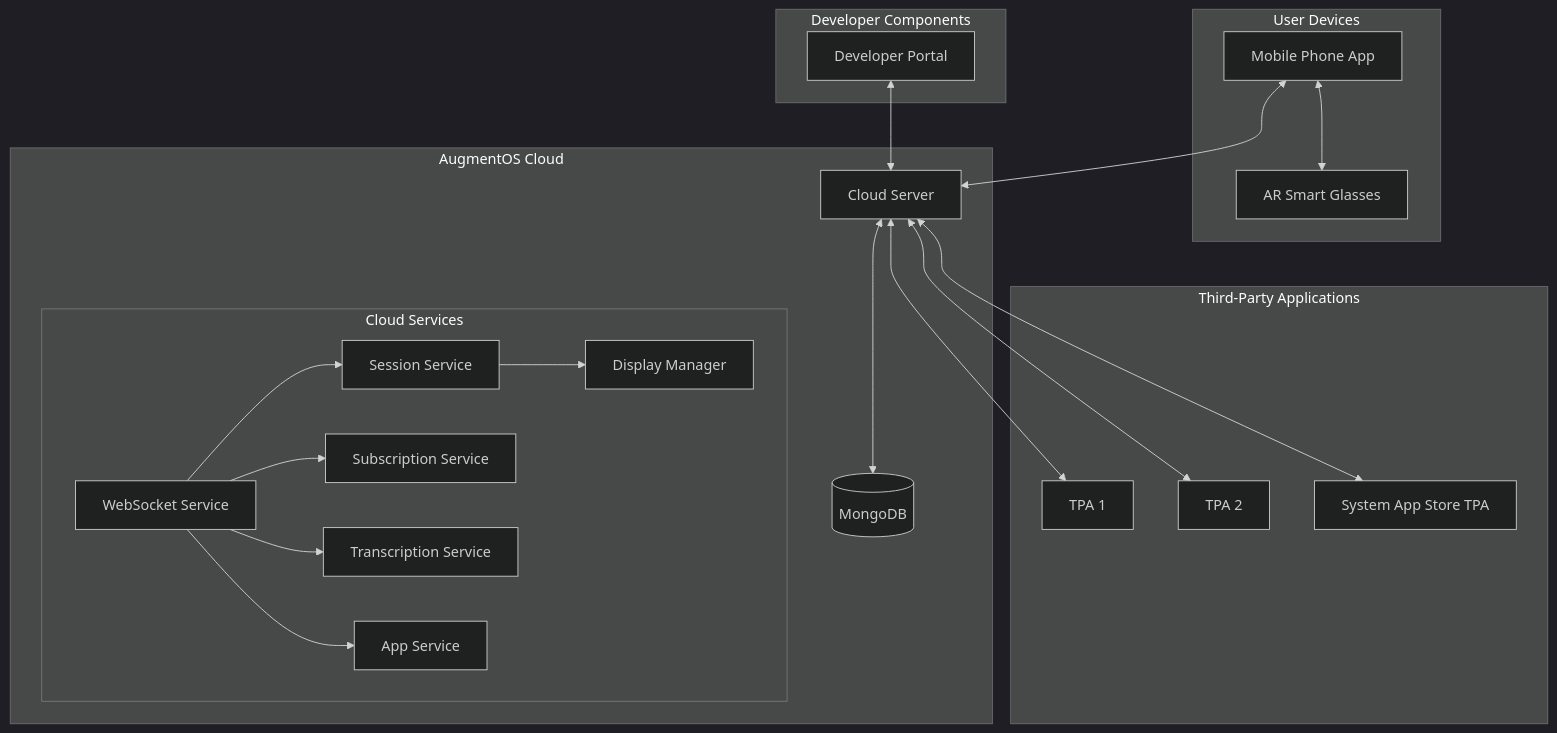
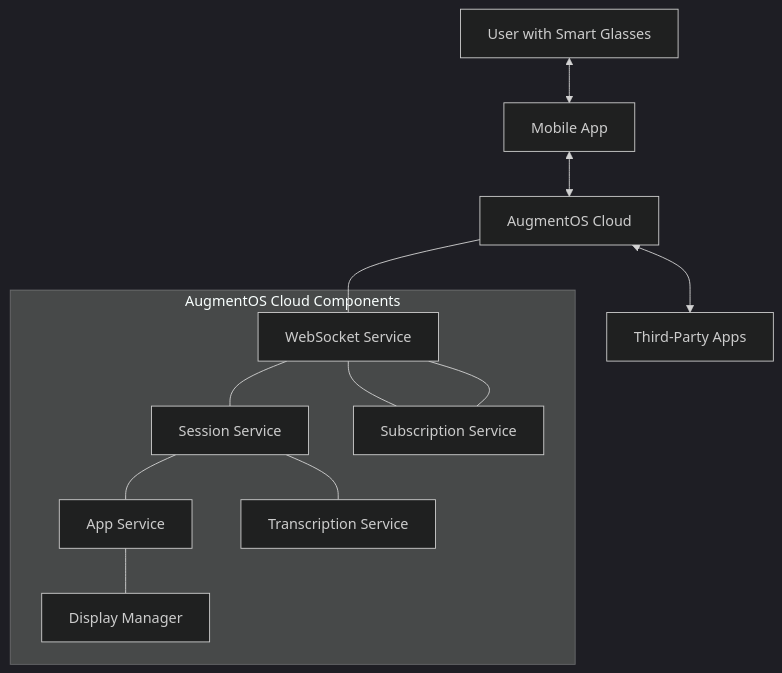
Before and after one commit to ebowwa/MentraOS: the diagram in augmentos_cloud/docs/0. overview.md, drawn with Mermaid (dark theme). The commit also changed other lines of this file and 62 other files, not shown here.

Commit message:
WIP SDK and notify improvments, improve tpa reconnect logic, doc potential issues, and plans to migrate all system TPAs to SDK

````diff
--- a/augmentos_cloud/docs/0. overview.md
+++ b/augmentos_cloud/docs/0. overview.md
@@ -13,44 +56,28 @@
 ```mermaid
 graph TD
-    subgraph "User Devices"
-        Glasses[AR Smart Glasses]
-        Phone[Mobile Phone App]
+    User[User with Smart Glasses]
+    Phone[Mobile App]
+    Cloud[AugmentOS Cloud]
+    TPAs[Third-Party Apps]
+    
+    User <--> Phone
+    Phone <--> Cloud
+    Cloud <--> TPAs
+    
+    subgraph "AugmentOS Cloud Components"
+        WebSocket[WebSocket Service]
+        Session[Session Service]
+        App[App Service]
+        Subscription[Subscription Service]
+        Transcription[Transcription Service]
+        Display[Display Manager]
     end
     
-    subgraph "AugmentOS Cloud"
-        Cloud[Cloud Server]
-        subgraph "Cloud Services"
-            WS[WebSocket Service]
-            Session[Session Service]
-            App[App Service]
-            Sub[Subscription Service]
-            Trans[Transcription Service]
-            Display[Display Manager]
-        end
-        DB[(MongoDB)]
-    end
-    
-    subgraph "Third-Party Applications"
-        TPA1[TPA 1]
-        TPA2[TPA 2]
-        TPA3[System App Store TPA]
-    end
-    
-    subgraph "Developer Components"
-        DevPortal[Developer Portal]
-    end
-    
-    Phone <--> Glasses
-    Phone <--> Cloud
-    Cloud <--> TPA1
-    Cloud <--> TPA2
-    Cloud <--> TPA3
-    Cloud <--> DB
-    DevPortal <--> Cloud
-    
-    WS --> Session
-    WS --> Sub
-    WS --> Trans
-    WS --> App
-    Session --> Display
+    Cloud --- WebSocket
+    WebSocket --- Session
+    WebSocket --- Subscription
+    Session --- Transcription
+    Session --- App
+    App --- Display
+    Subscription --- WebSocket
 ```
````
